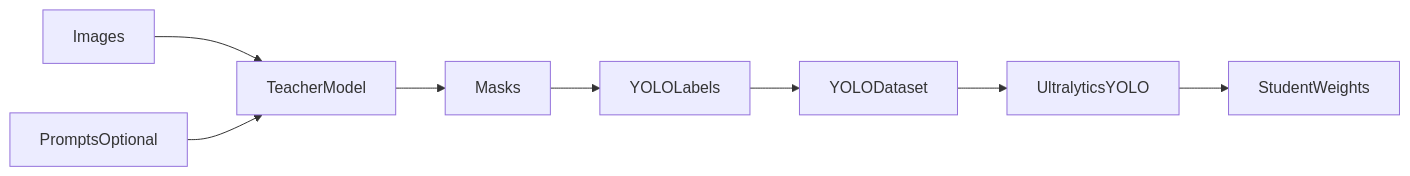
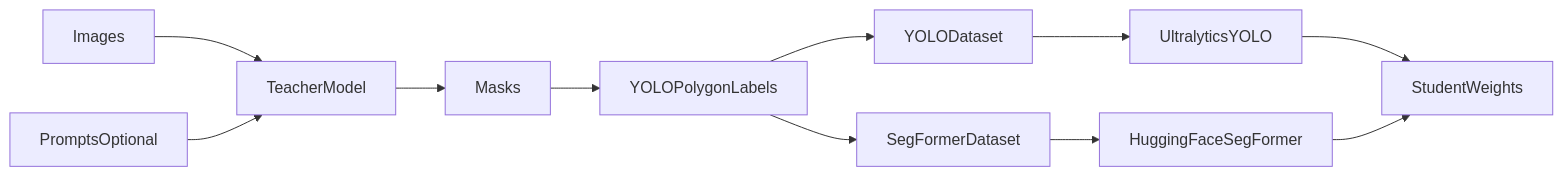
One commit to yajatvishwak/visiondistill changed the diagram in README.md. Above: the diagram before and after it, drawn with Mermaid. The commit also changed other lines of this file and 10 other files, not shown here.

````diff
--- a/README.md
+++ b/README.md
@@ -18,10 +18,13 @@
 ```mermaid
 flowchart LR
     images[Images] --> teacher[TeacherModel]
     prompts[PromptsOptional] --> teacher
     teacher --> masks[Masks]
-    masks --> labels[YOLOLabels]
-    labels --> dataset[YOLODataset]
-    dataset --> student[UltralyticsYOLO]
-    student --> weights[StudentWeights]
+    masks --> labels[YOLOPolygonLabels]
+    labels --> yoloDS[YOLODataset]
+    labels --> sfDS[SegFormerDataset]
+    yoloDS --> yolo[UltralyticsYOLO]
+    sfDS --> sf[HuggingFaceSegFormer]
+    yolo --> weights[StudentWeights]
+    sf --> weights
 ```
````
